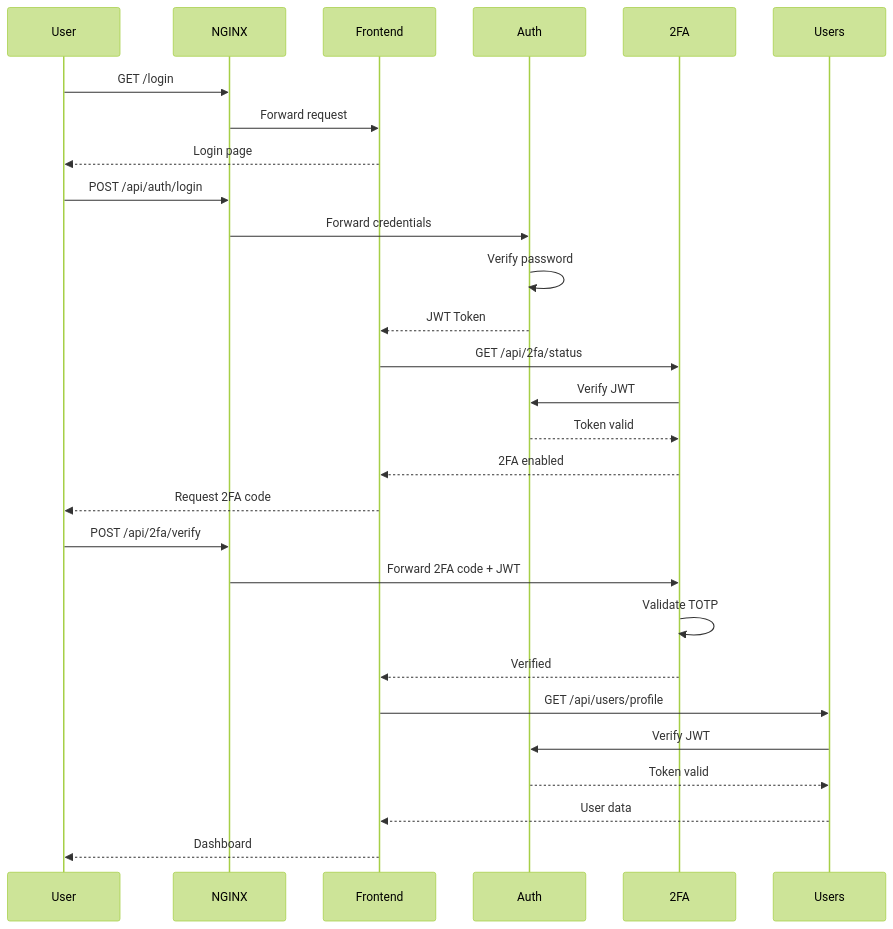
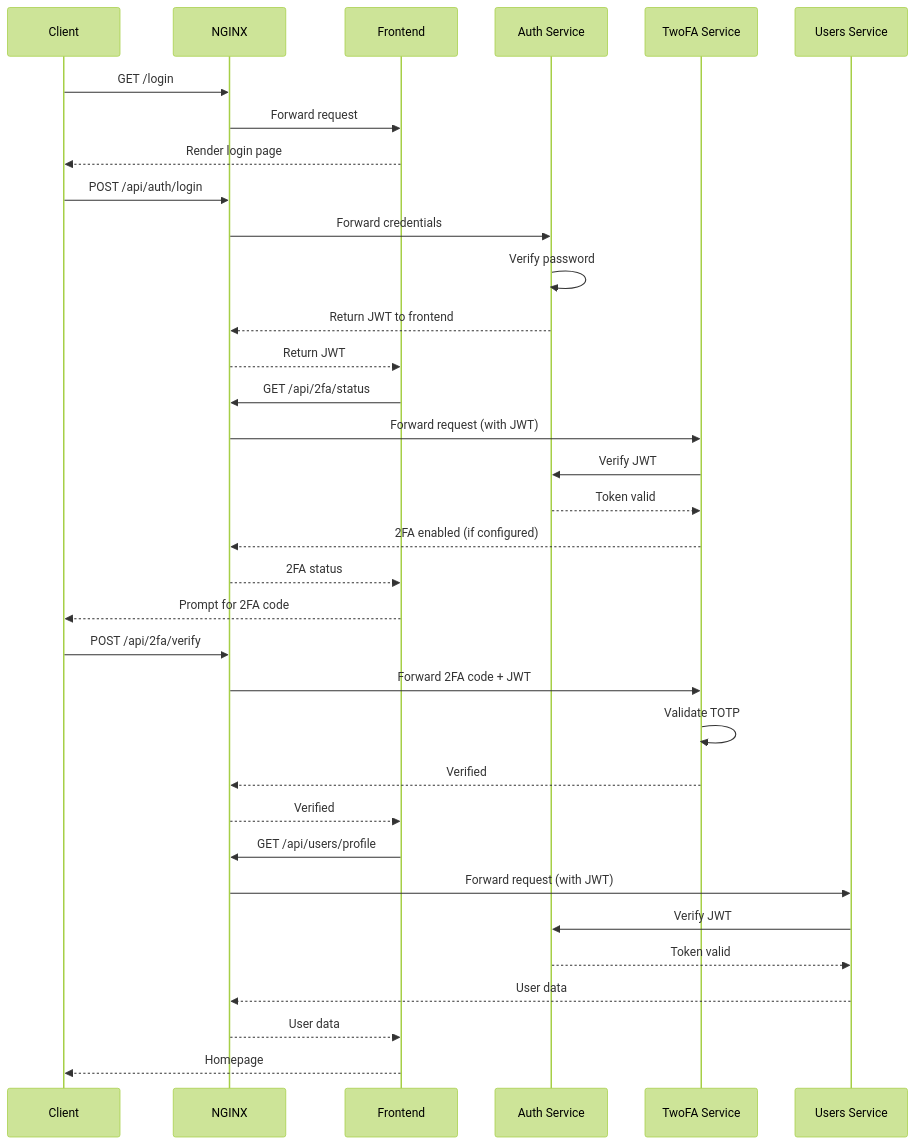
Before and after one commit to anais-f/42_ft_transcendence: the second of 3 diagrams in architecture.md, drawn with Mermaid (forest theme). The commit also changed other lines of this file and 1 other file, not shown here.

Commit message:
docs: update service communication

````diff
--- a/architecture.md
+++ b/architecture.md
@@ -88,36 +94,42 @@
 ```mermaid
-sequenceDiagram
-    participant U as User
-    participant N as NGINX
-    participant F as Frontend
-    participant A as Auth
-    participant 2 as 2FA
-    participant US as Users
+    sequenceDiagram
+        participant U as Client
+        participant N as NGINX
+        participant F as Frontend
+        participant A as Auth Service
+        participant T as TwoFA Service
+        participant US as Users Service
 
-    U->>N: GET /login
-    N->>F: Forward request
-    F-->>U: Login page
-    
-    U->>N: POST /api/auth/login
-    N->>A: Forward credentials
-    A->>A: Verify password
-    A-->>F: JWT Token
-    
-    F->>2:   GET /api/2fa/status
-    2->>A:   Verify JWT
-    A-->>2: Token valid
-    2-->>F: 2FA enabled
-    
-    F-->>U: Request 2FA code
-    
-    U->>N: POST /api/2fa/verify
-    N->>2: Forward 2FA code + JWT
-    2->>2: Validate TOTP
-    2-->>F:   Verified
-    
-    F->>US: GET /api/users/profile
-    US->>A:   Verify JWT
-    A-->>US:   Token valid
-    US-->>F:   User data
-    F-->>U:  Dashboard
+        U->>N: GET /login
+        N->>F: Forward request
+        F-->>U: Render login page
+
+        U->>N: POST /api/auth/login
+        N->>A: Forward credentials
+        A->>A: Verify password
+        A-->>N: Return JWT to frontend
+        N-->>F: Return JWT
+
+        F->>N: GET /api/2fa/status
+        N->>T: Forward request (with JWT)
+        T->>A: Verify JWT
+        A-->>T: Token valid
+        T-->>N: 2FA enabled (if configured)
+        N-->>F: 2FA status
+
+        F-->>U: Prompt for 2FA code
+
+        U->>N: POST /api/2fa/verify
+        N->>T: Forward 2FA code + JWT
+        T->>T: Validate TOTP
+        T-->>N: Verified
+        N-->>F: Verified
+
+        F->>N: GET /api/users/profile
+        N->>US: Forward request (with JWT)
+        US->>A: Verify JWT
+        A-->>US: Token valid
+        US-->>N: User data
+        N-->>F: User data
+        F-->>U: Homepage
 ```
````
